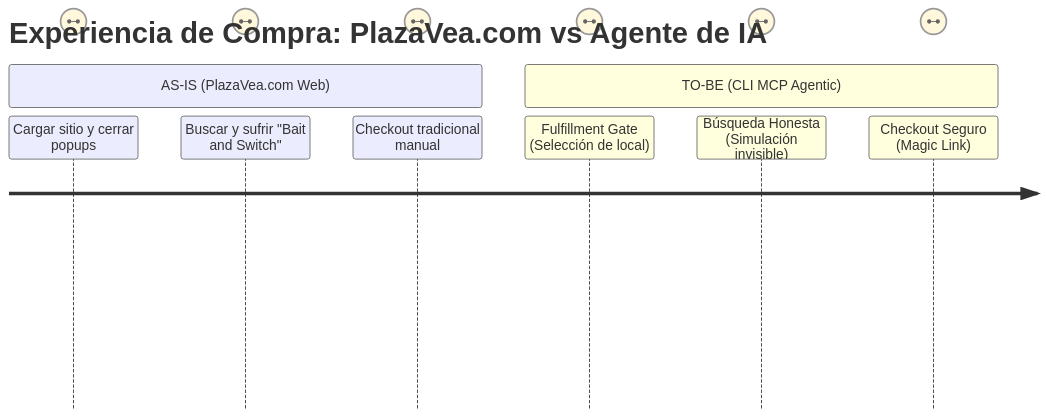
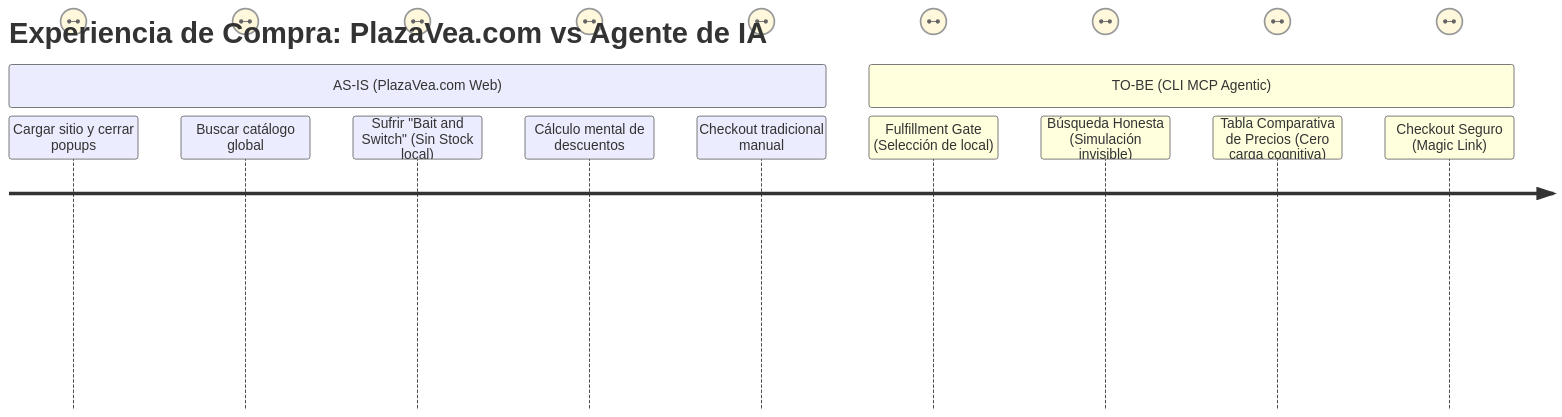
Before and after one commit to StephCastrof001/cli_plazavea1: the diagram in docs/PRODUCT_STRATEGY.md, drawn with Mermaid. The commit also changed other lines of this file and 5 other files, not shown here.

````diff
--- a/docs/PRODUCT_STRATEGY.md
+++ b/docs/PRODUCT_STRATEGY.md
@@ -6,12 +22,17 @@
 ```mermaid
 journey
     title Experiencia de Compra: PlazaVea.com vs Agente de IA
+    
     section AS-IS (PlazaVea.com Web)
       Cargar sitio y cerrar popups: 2, Usuario
-      Buscar y sufrir "Bait and Switch": 2, Usuario
+      Buscar catálogo global: 3, Usuario
+      Sufrir "Bait and Switch" (Sin Stock local): 1, Usuario
+      Cálculo mental de descuentos: 2, Usuario
       Checkout tradicional manual: 4, Usuario
+      
     section TO-BE (CLI MCP Agentic)
       Fulfillment Gate (Selección de local): 5, Usuario
       Búsqueda Honesta (Simulación invisible): 5, Agente IA
-      Checkout Seguro (Magic Link): 4, Usuario
+      Tabla Comparativa de Precios (Cero carga cognitiva): 5, Agente IA
+      Checkout Seguro (Magic Link): 5, Usuario
 ```
````
